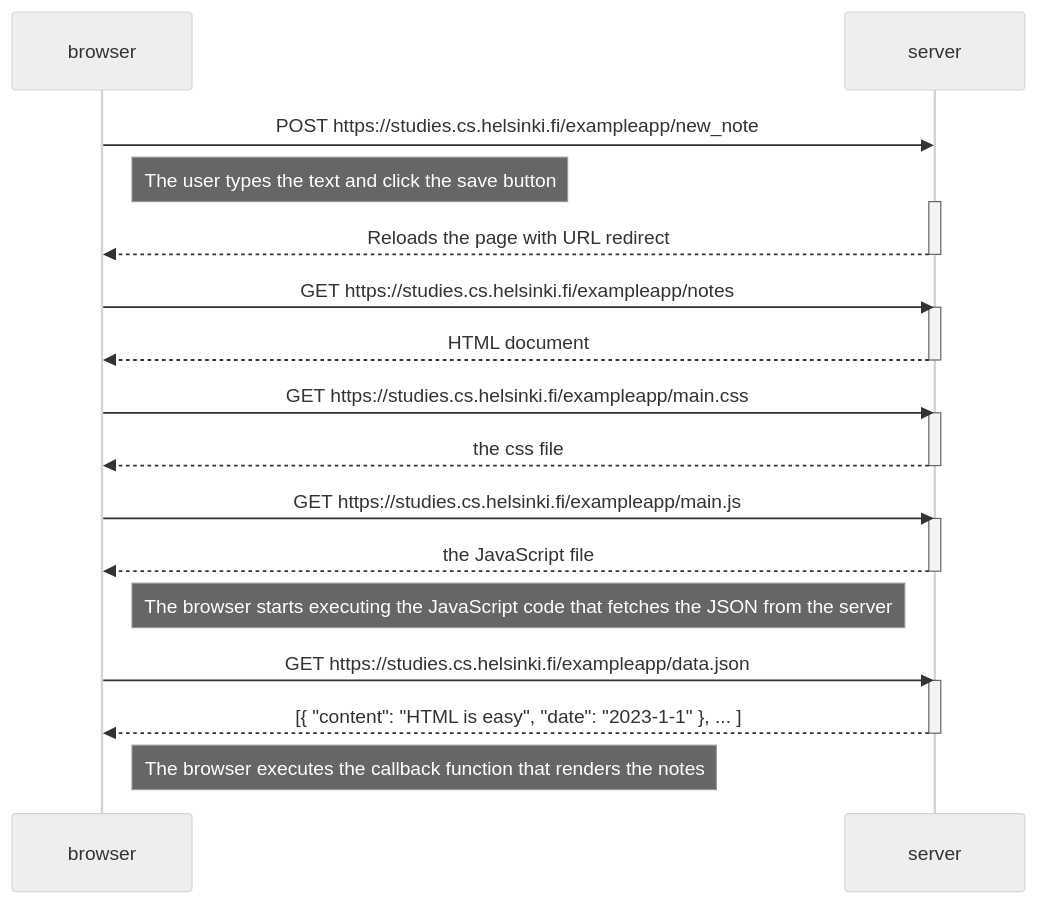
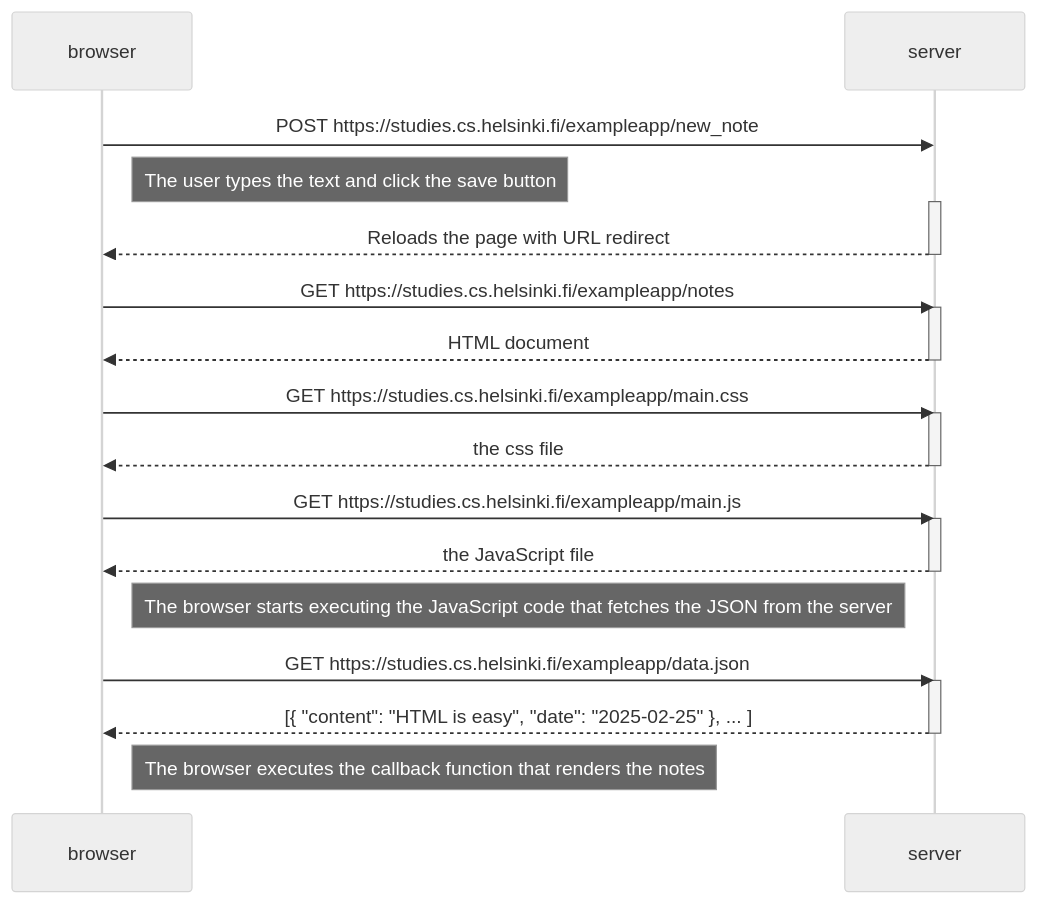
The diagram in part0/new-note-diagram.md (juanfelipe99/full-stack-open), drawn with Mermaid (neutral theme) before and after one commit.

````diff
--- a/part0/new-note-diagram.md
+++ b/part0/new-note-diagram.md
@@ -1,37 +1,37 @@
 ```mermaid
 sequenceDiagram
     participant browser
     participant server
 
     
     browser->>server: POST https://studies.cs.helsinki.fi/exampleapp/new_note
     Note right of browser: The user types the text and click the save button
     activate server
     server-->>browser: Reloads the page with URL redirect
     deactivate server
     
 
     browser->>server: GET https://studies.cs.helsinki.fi/exampleapp/notes
     activate server
     server-->>browser: HTML document
     deactivate server
 
     browser->>server: GET https://studies.cs.helsinki.fi/exampleapp/main.css
     activate server
     server-->>browser: the css file
     deactivate server
 
     browser->>server: GET https://studies.cs.helsinki.fi/exampleapp/main.js
     activate server
     server-->>browser: the JavaScript file
     deactivate server
 
     Note right of browser: The browser starts executing the JavaScript code that fetches the JSON from the server
 
     browser->>server: GET https://studies.cs.helsinki.fi/exampleapp/data.json
     activate server
-    server-->>browser: [{ "content": "HTML is easy", "date": "2023-1-1" }, ... ]
+    server-->>browser: [{ "content": "HTML is easy", "date": "2025-02-25" }, ... ]
     deactivate server
 
     Note right of browser: The browser executes the callback function that renders the notes
 ```
````
